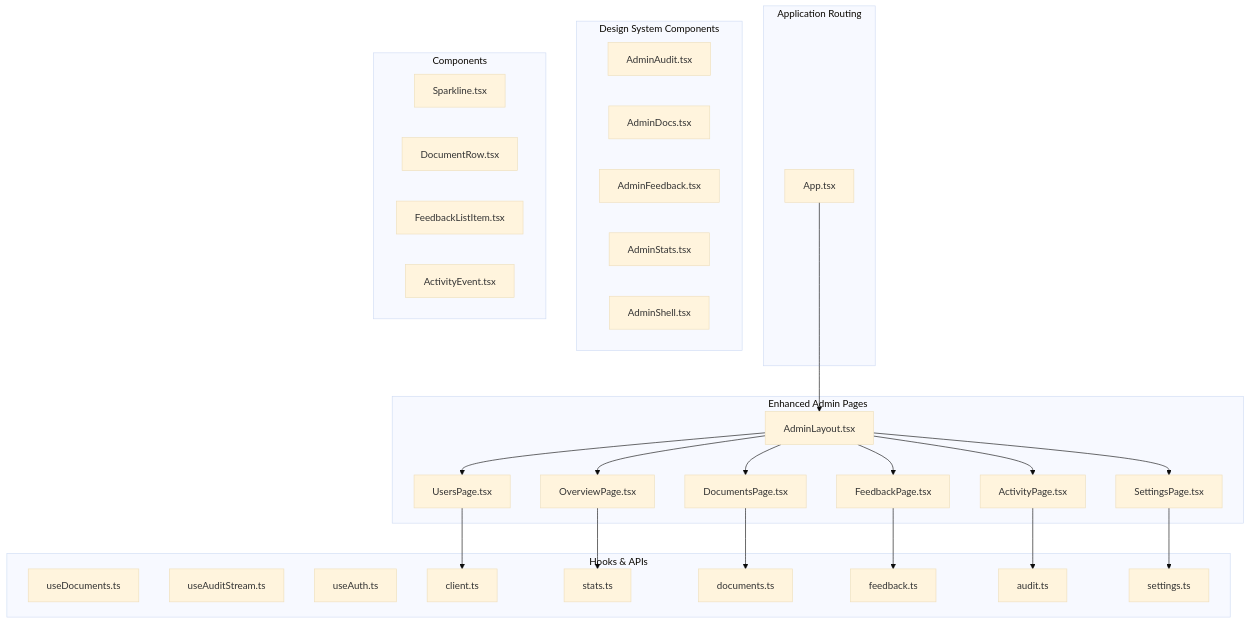
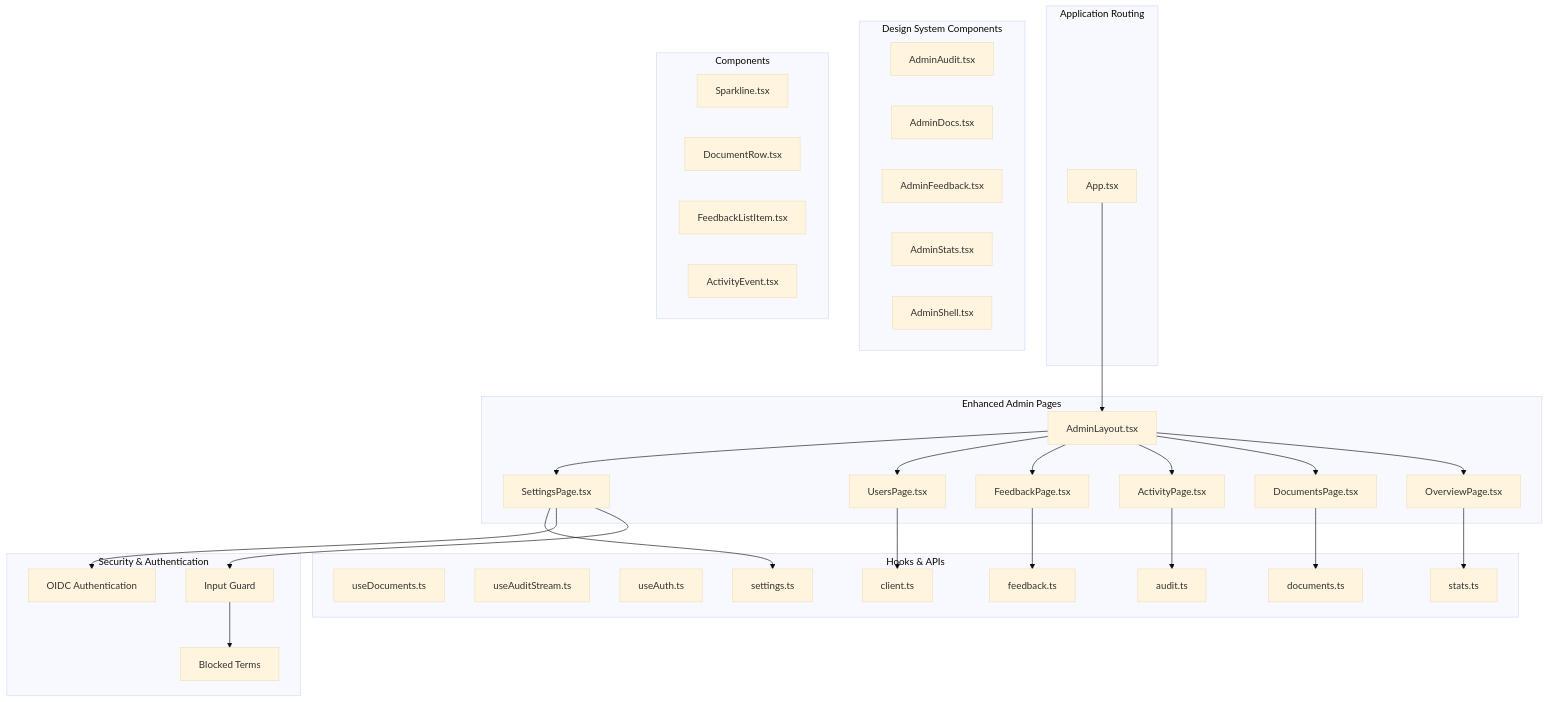
One commit to genes8/private-ai changed the first of 18 diagrams in .qoder/repowiki/en/content/Frontend Application/Admin Dashboard/Admin Dashboard.md. Above: the diagram before and after it, drawn with Mermaid (base theme). The commit also changed other lines of this file and 19 other files, not shown here.

````diff
--- a/.qoder/repowiki/en/content/Frontend Application/Admin Dashboard/Admin Dashboard.md
+++ b/.qoder/repowiki/en/content/Frontend Application/Admin Dashboard/Admin Dashboard.md
@@ -64,52 +68,60 @@
 ```mermaid
 graph TB
 subgraph "Enhanced Admin Pages"
 AL["AdminLayout.tsx"]
 OP["OverviewPage.tsx"]
 DP["DocumentsPage.tsx"]
 AP["ActivityPage.tsx"]
 FP["FeedbackPage.tsx"]
 UP["UsersPage.tsx"]
 SP["SettingsPage.tsx"]
 end
 subgraph "Application Routing"
 APP["App.tsx"]
 end
 subgraph "Design System Components"
 DA["AdminAudit.tsx"]
 DD["AdminDocs.tsx"]
 DF["AdminFeedback.tsx"]
 DS["AdminStats.tsx"]
 AS["AdminShell.tsx"]
 end
 subgraph "Components"
 SL["Sparkline.tsx"]
 DR["DocumentRow.tsx"]
 FLI["FeedbackListItem.tsx"]
 AE["ActivityEvent.tsx"]
 end
 subgraph "Hooks & APIs"
 UDM["useDocuments.ts"]
 UAS["useAuditStream.ts"]
 UA["useAuth.ts"]
 CLI["client.ts"]
 ST["stats.ts"]
 DOC["documents.ts"]
 FB["feedback.ts"]
 AT["audit.ts"]
 SET["settings.ts"]
 end
+subgraph "Security & Authentication"
+OIDC["OIDC Authentication"]
+IG["Input Guard"]
+BT["Blocked Terms"]
+end
 AL --> SP
 AL --> UP
 AL --> FP
 AL --> AP
 AL --> DP
 AL --> OP
 APP --> AL
 SP --> SET
 UP --> CLI
 FP --> FB
 AP --> AT
 DP --> DOC
 OP --> ST
+SP --> OIDC
+SP --> IG
+IG --> BT
 ```
````
